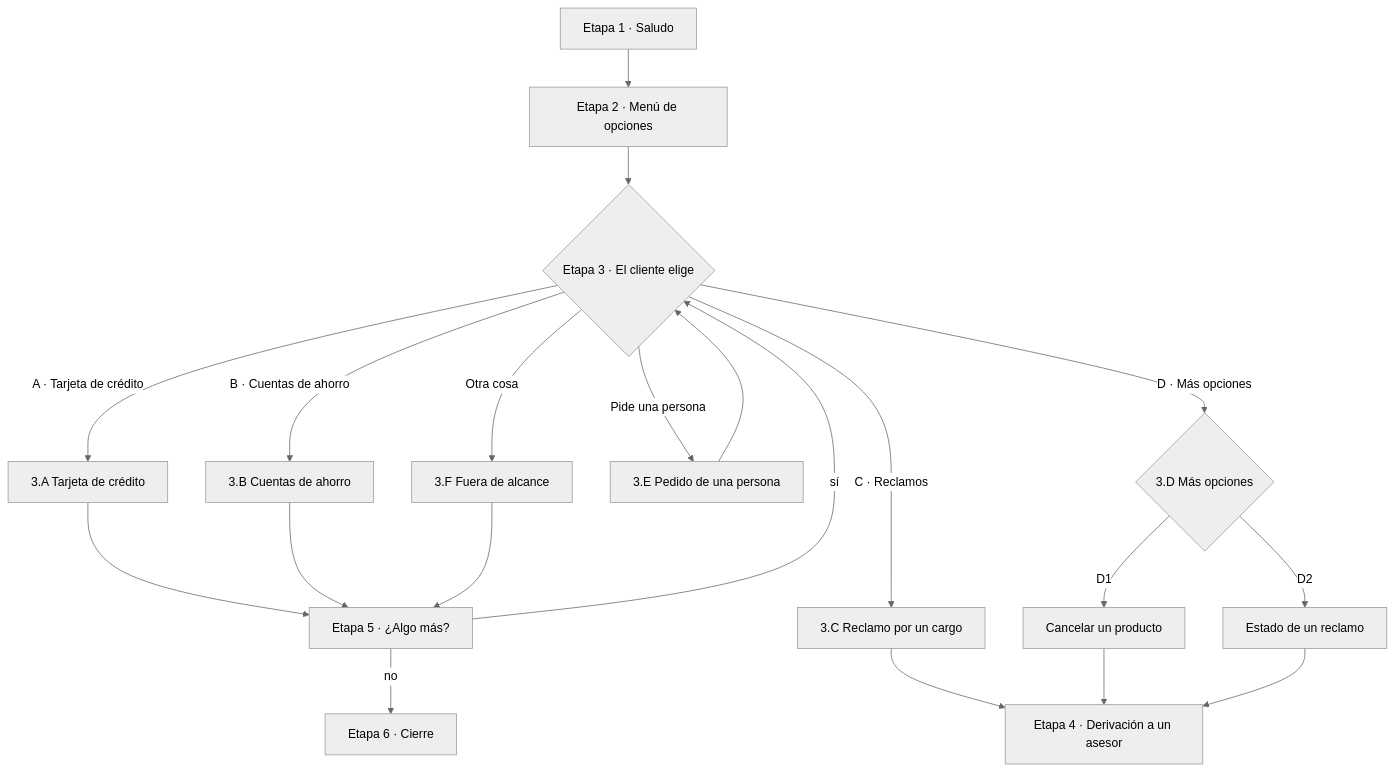
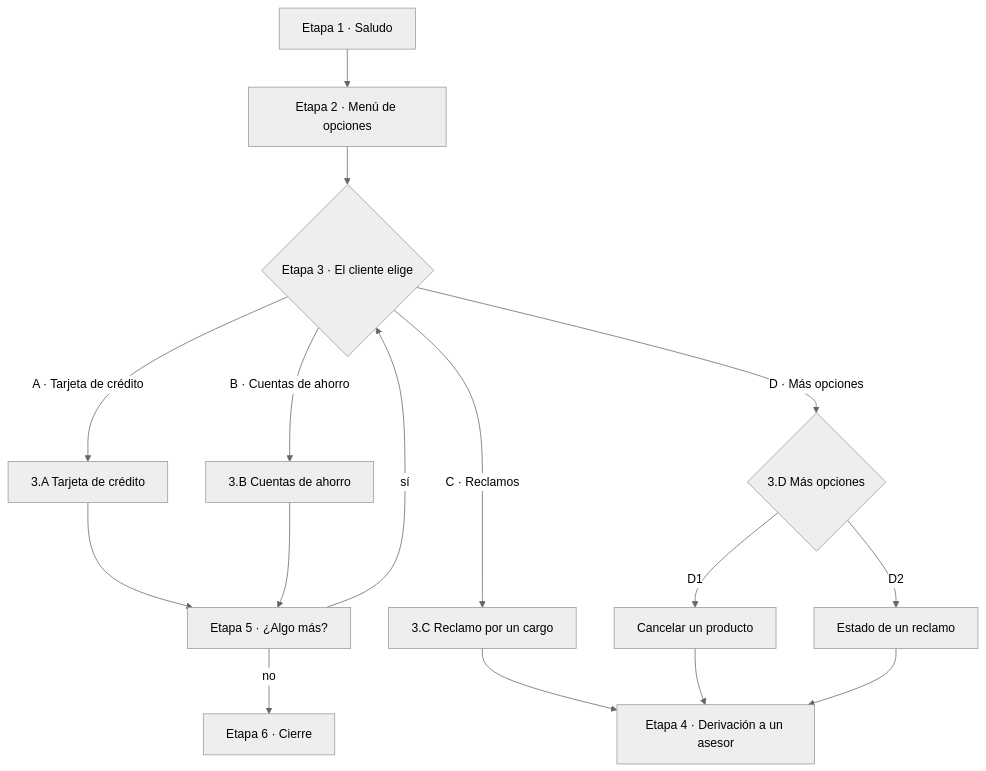
One commit to pqbas/factored-hackathon-2026-zenit changed the first of 2 diagrams in docs/flujo-atencion.md. Above: the diagram before and after it, drawn with Mermaid (neutral theme). The commit also changed other lines of this file, not shown here.

````diff
--- a/docs/flujo-atencion.md
+++ b/docs/flujo-atencion.md
@@ -24,22 +25,18 @@
 ```mermaid
 flowchart TD
     S["Etapa 1 · Saludo"] --> P["Etapa 2 · Menú de opciones"]
     P --> A{"Etapa 3 · El cliente elige"}
     A -->|A · Tarjeta de crédito| TC["3.A Tarjeta de crédito"]
     A -->|B · Cuentas de ahorro| CA["3.B Cuentas de ahorro"]
     A -->|C · Reclamos| R["3.C Reclamo por un cargo"]
     A -->|D · Más opciones| D{"3.D Más opciones"}
     D -->|D1| X["Cancelar un producto"]
     D -->|D2| E["Estado de un reclamo"]
-    A -->|Pide una persona| H["3.E Pedido de una persona"]
-    A -->|Otra cosa| O["3.F Fuera de alcance"]
     TC --> M["Etapa 5 · ¿Algo más?"]
     CA --> M
-    O --> M
-    H --> A
     R --> DV["Etapa 4 · Derivación a un asesor"]
     X --> DV
     E --> DV
     M -->|sí| A
     M -->|no| F["Etapa 6 · Cierre"]
 ```
````
